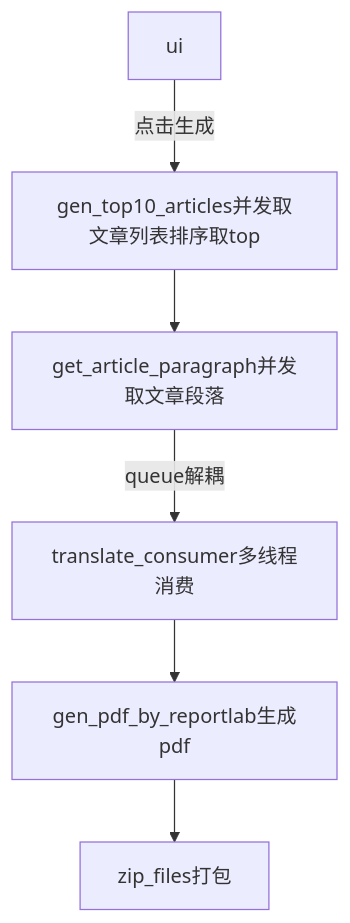
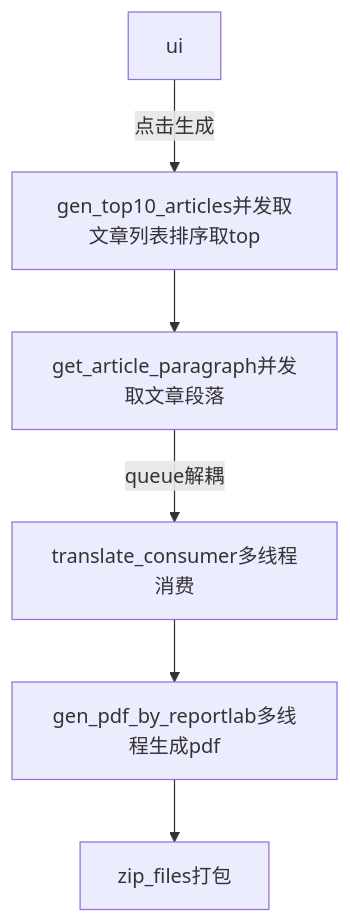
One commit to FrozenZero/2024Game changed the diagram in README.md. Above: the diagram before and after it, drawn with Mermaid.

````diff
--- a/README.md
+++ b/README.md
@@ -19,9 +19,9 @@
 ```mermaid
 graph TB;
 ui--点击生成-->gen_top10_articles并发取文章列表排序取top
 gen_top10_articles并发取文章列表排序取top-->get_article_paragraph并发取文章段落
 get_article_paragraph并发取文章段落--queue解耦-->translate_consumer多线程消费
-translate_consumer多线程消费-->gen_pdf_by_reportlab生成pdf
-gen_pdf_by_reportlab生成pdf-->zip_files打包
+translate_consumer多线程消费-->gen_pdf_by_reportlab多线程生成pdf
+gen_pdf_by_reportlab多线程生成pdf-->zip_files打包
 
 ```
````
